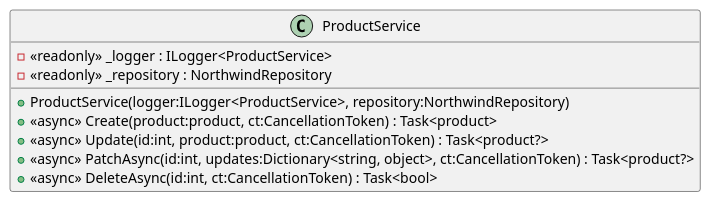
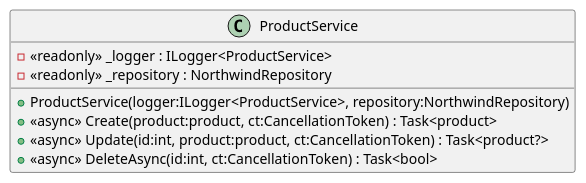
Before and after one commit to domoar/Northwind-Api: the diagram in docs/uml/ProductService.puml, drawn with PlantUML.

Commit message:
deploy: 00defd7cd479fa286f1b97b25074518f62979420

```diff
--- a/docs/uml/ProductService.puml
+++ b/docs/uml/ProductService.puml
@@ -1,11 +1,10 @@
 @startuml
 class ProductService {
     - <<readonly>> _logger : ILogger<ProductService>
     - <<readonly>> _repository : NorthwindRepository
     + ProductService(logger:ILogger<ProductService>, repository:NorthwindRepository)
     + <<async>> Create(product:product, ct:CancellationToken) : Task<product>
     + <<async>> Update(id:int, product:product, ct:CancellationToken) : Task<product?>
-    + <<async>> PatchAsync(id:int, updates:Dictionary<string, object>, ct:CancellationToken) : Task<product?>
     + <<async>> DeleteAsync(id:int, ct:CancellationToken) : Task<bool>
 }
 @enduml
```
